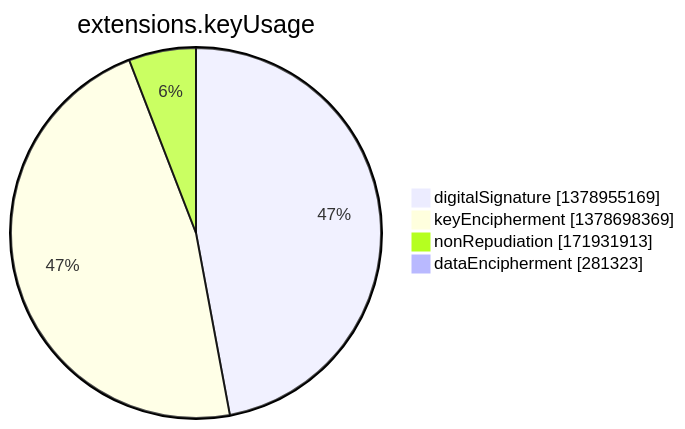
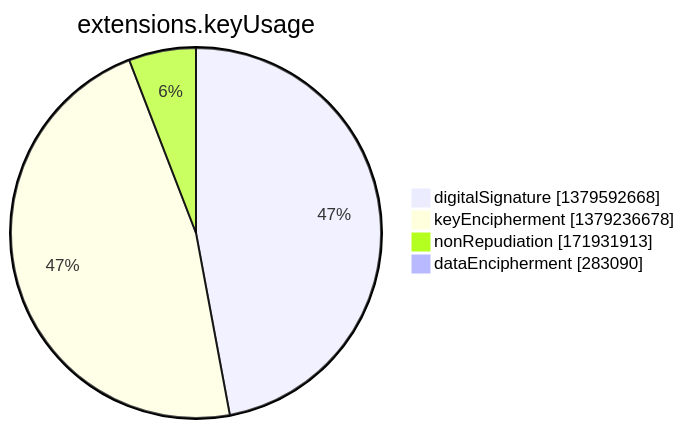
One commit to christiankrug/ctmonitor_visualization changed the seventh of 15 diagrams in argon2022/README.md. Above: the diagram before and after it, drawn with Mermaid. The commit also changed other lines of this file, not shown here.

````diff
--- a/argon2022/README.md
+++ b/argon2022/README.md
@@ -2751,8 +2751,8 @@
 ```mermaid
 pie showData
 title extensions.keyUsage
-"digitalSignature" :1378955169
-"keyEncipherment" :1378698369
+"digitalSignature" :1379592668
+"keyEncipherment" :1379236678
 "nonRepudiation" :171931913
-"dataEncipherment" :281323
+"dataEncipherment" :283090
 ```
````
